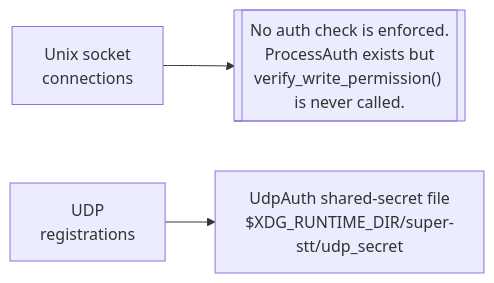
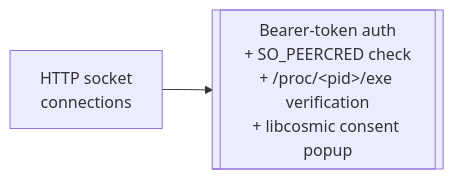
One commit to haydonryan/super-stt changed the third of 3 diagrams in docs/current-state.md. Above: the diagram before and after it, drawn with Mermaid. The commit also changed other lines of this file and 68 other files, not shown here.

````diff
--- a/docs/current-state.md
+++ b/docs/current-state.md
@@ -123,9 +223,6 @@
 ```mermaid
 flowchart LR
-    socket["Unix socket<br/>connections"]
-    udp["UDP<br/>registrations"]
+    http["HTTP socket<br/>connections"]
 
-    socket --> implicit[["No auth check is enforced.<br/>ProcessAuth exists but<br/>verify_write_permission() is never called."]]
-
-    udp --> shared["UdpAuth shared-secret file<br/>$XDG_RUNTIME_DIR/super-stt/udp_secret"]
+    http --> token[["Bearer-token auth<br/>+ SO_PEERCRED check<br/>+ /proc/&lt;pid&gt;/exe verification<br/>+ libcosmic consent popup"]]
 ```
````
